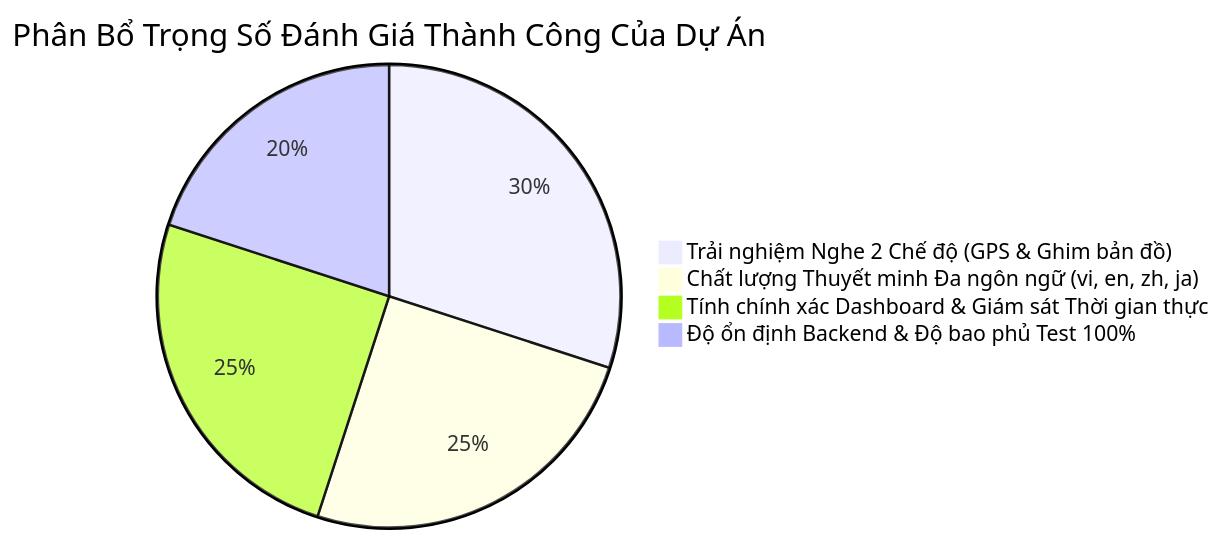
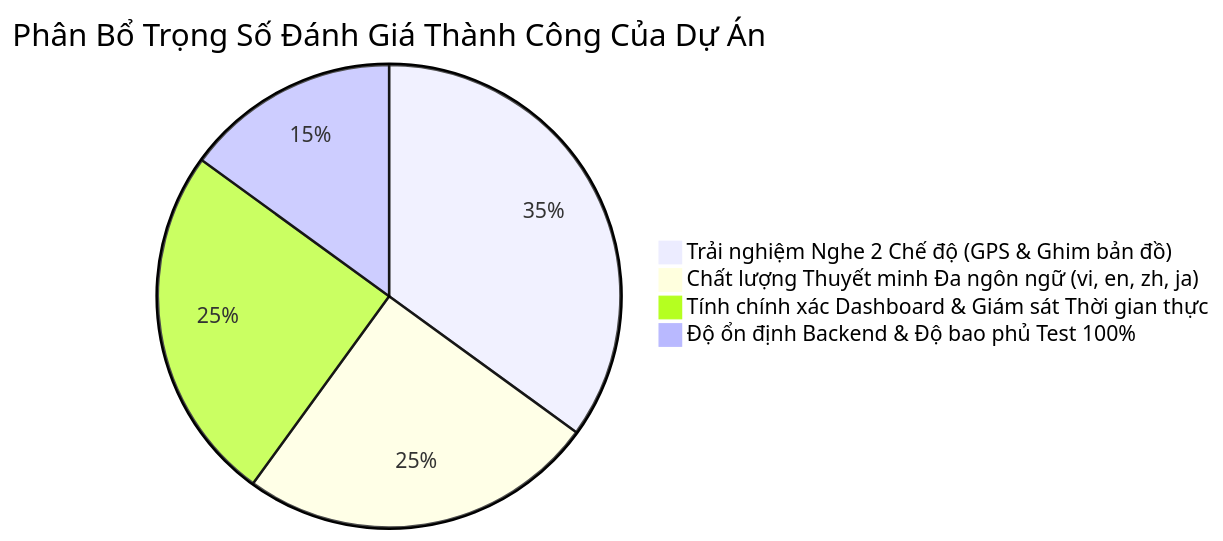
The third of 3 diagrams in docs/specs/PRD.md (HuynhQuang16032006/Multi_Languages_Automatic_Translation), drawn with Mermaid before and after one commit. The commit also changed other lines of this file and 15 other files, not shown here.

````diff
--- a/docs/specs/PRD.md
+++ b/docs/specs/PRD.md
@@ -346,7 +306,7 @@
 ```mermaid
 pie title Phân Bổ Trọng Số Đánh Giá Thành Công Của Dự Án
-    "Trải nghiệm Nghe 2 Chế độ (GPS & Ghim bản đồ)": 30
+    "Trải nghiệm Nghe 2 Chế độ (GPS & Ghim bản đồ)": 35
     "Chất lượng Thuyết minh Đa ngôn ngữ (vi, en, zh, ja)": 25
     "Tính chính xác Dashboard & Giám sát Thời gian thực": 25
-    "Độ ổn định Backend & Độ bao phủ Test 100%": 20
+    "Độ ổn định Backend & Độ bao phủ Test 100%": 15
 ```
````
